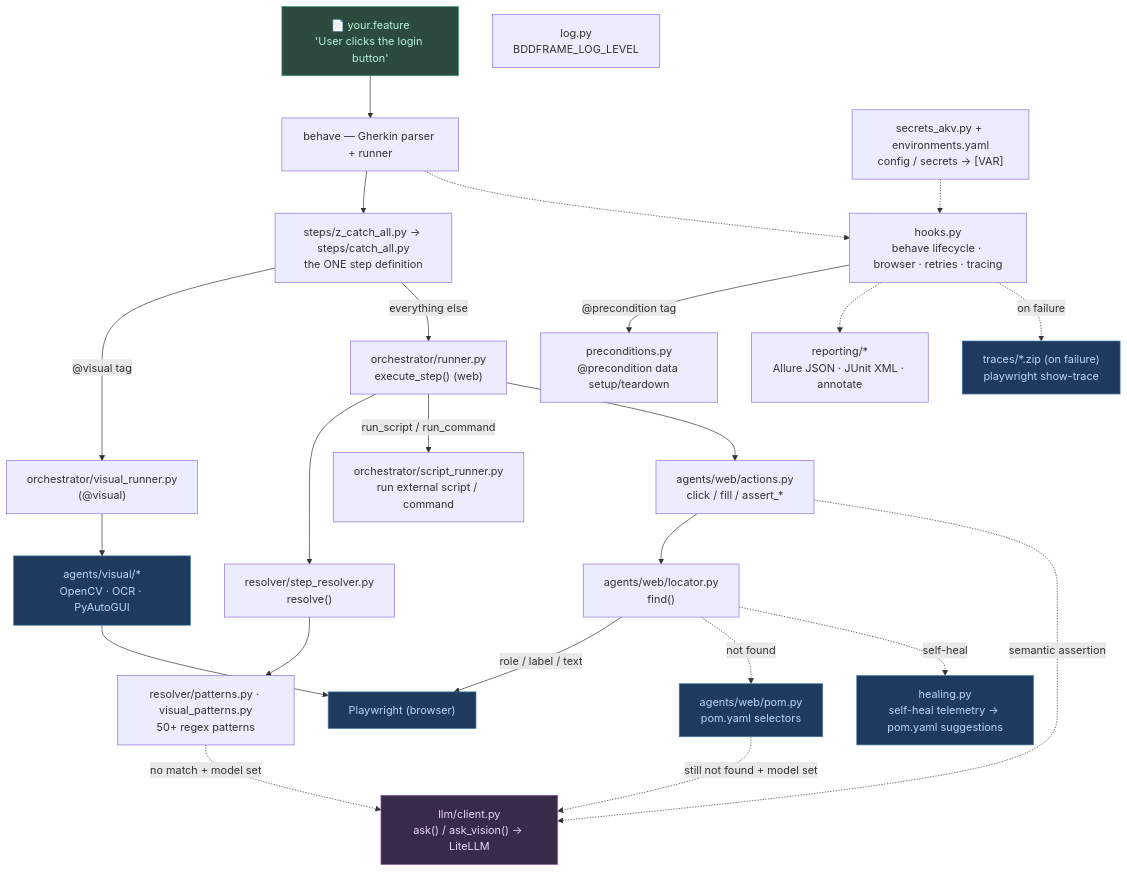
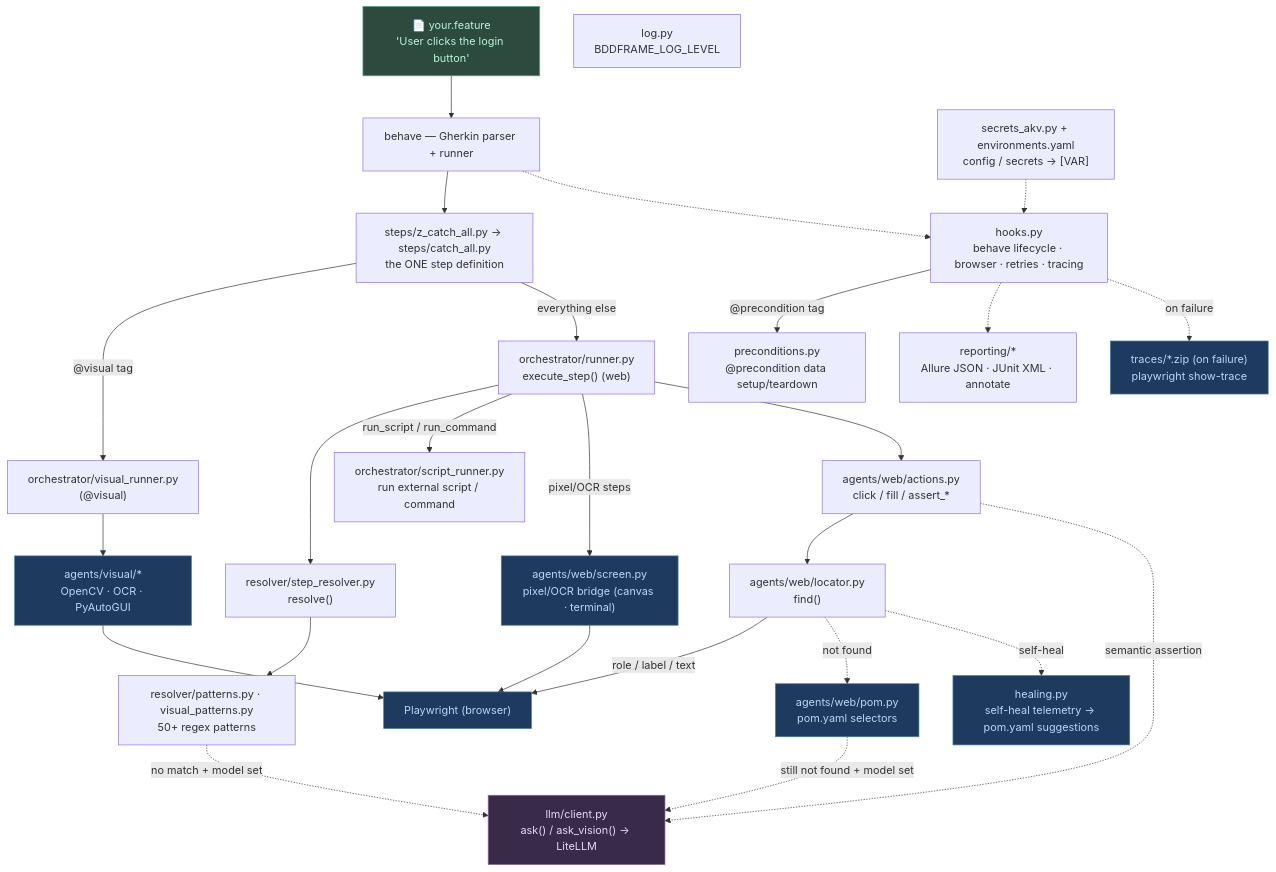
One commit to gheeno/bddframe changed the second of 6 diagrams in docs/architecture.md. Above: the diagram before and after it, drawn with Mermaid. The commit also changed other lines of this file and 7 other files, not shown here.

````diff
--- a/docs/architecture.md
+++ b/docs/architecture.md
@@ -97,49 +97,52 @@
 ```mermaid
 flowchart TD
     FEAT["📄 your.feature<br/>'User clicks the login button'"]
     BEHAVE["behave — Gherkin parser + runner"]
     GLUE["steps/z_catch_all.py → steps/catch_all.py<br/>the ONE step definition"]
     RUN["orchestrator/runner.py<br/>execute_step() (web)"]
     VRUN["orchestrator/visual_runner.py<br/>(@visual)"]
     RES["resolver/step_resolver.py<br/>resolve()"]
     PAT["resolver/patterns.py · visual_patterns.py<br/>50+ regex patterns"]
     ACT["agents/web/actions.py<br/>click / fill / assert_*"]
     SCRIPT["orchestrator/script_runner.py<br/>run external script / command"]
     PRE["preconditions.py<br/>@precondition data setup/teardown"]
     LOC["agents/web/locator.py<br/>find()"]
     POM["agents/web/pom.py<br/>pom.yaml selectors"]
+    SCREEN["agents/web/screen.py<br/>pixel/OCR bridge (canvas · terminal)"]
     VIS["agents/visual/*<br/>OpenCV · OCR · PyAutoGUI"]
     PW["Playwright (browser)"]
     LLM["llm/client.py<br/>ask() / ask_vision() → LiteLLM"]
     HOOK["hooks.py<br/>behave lifecycle · browser · retries · tracing"]
     REP["reporting/*<br/>Allure JSON · JUnit XML · annotate"]
     SEC["secrets_akv.py + environments.yaml<br/>config / secrets → [VAR]"]
     HEAL["healing.py<br/>self-heal telemetry → pom.yaml suggestions"]
     LOG["log.py<br/>BDDFRAME_LOG_LEVEL"]
     TRACE["traces/*.zip (on failure)<br/>playwright show-trace"]
 
     SEC -.-> HOOK
     FEAT --> BEHAVE --> GLUE
     GLUE -->|"@visual tag"| VRUN --> VIS --> PW
     GLUE -->|"everything else"| RUN
     RUN --> RES --> PAT
     PAT -. "no match + model set" .-> LLM
     RUN -->|"run_script / run_command"| SCRIPT
     HOOK -->|"@precondition tag"| PRE
+    RUN -->|"pixel/OCR steps"| SCREEN --> PW
     RUN --> ACT --> LOC -->|"role / label / text"| PW
     LOC -. "not found" .-> POM
     POM -. "still not found + model set" .-> LLM
     ACT -. "semantic assertion" .-> LLM
     LOC -. "self-heal" .-> HEAL
     HOOK -.-> REP
     HOOK -. "on failure" .-> TRACE
     BEHAVE -.-> HOOK
 
     style FEAT fill:#2d4a3e,color:#b8f5d8,stroke:#4aaa80
     style PW fill:#1e3a5f,color:#b8d8f5,stroke:#4a80aa
     style POM fill:#1e3a5f,color:#b8d8f5,stroke:#4a80aa
+    style SCREEN fill:#1e3a5f,color:#b8d8f5,stroke:#4a80aa
     style VIS fill:#1e3a5f,color:#b8d8f5,stroke:#4a80aa
     style LLM fill:#3a2a4a,color:#e8d8f5,stroke:#8a6aaa
     style TRACE fill:#1e3a5f,color:#b8d8f5,stroke:#4a80aa
     style HEAL fill:#1e3a5f,color:#b8d8f5,stroke:#4a80aa
 ```
````
